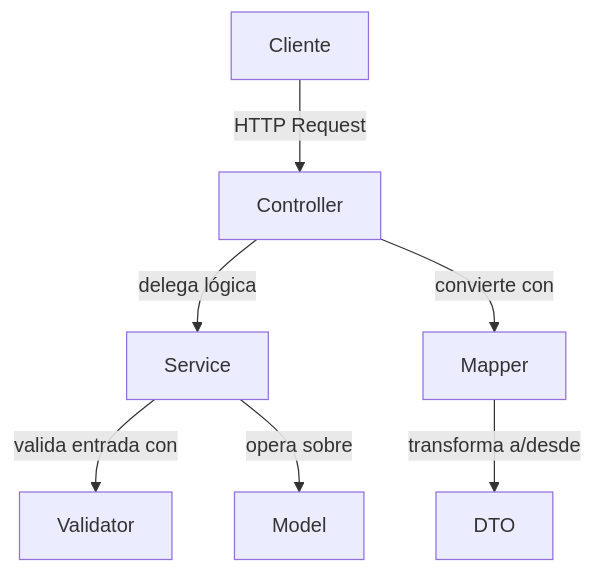
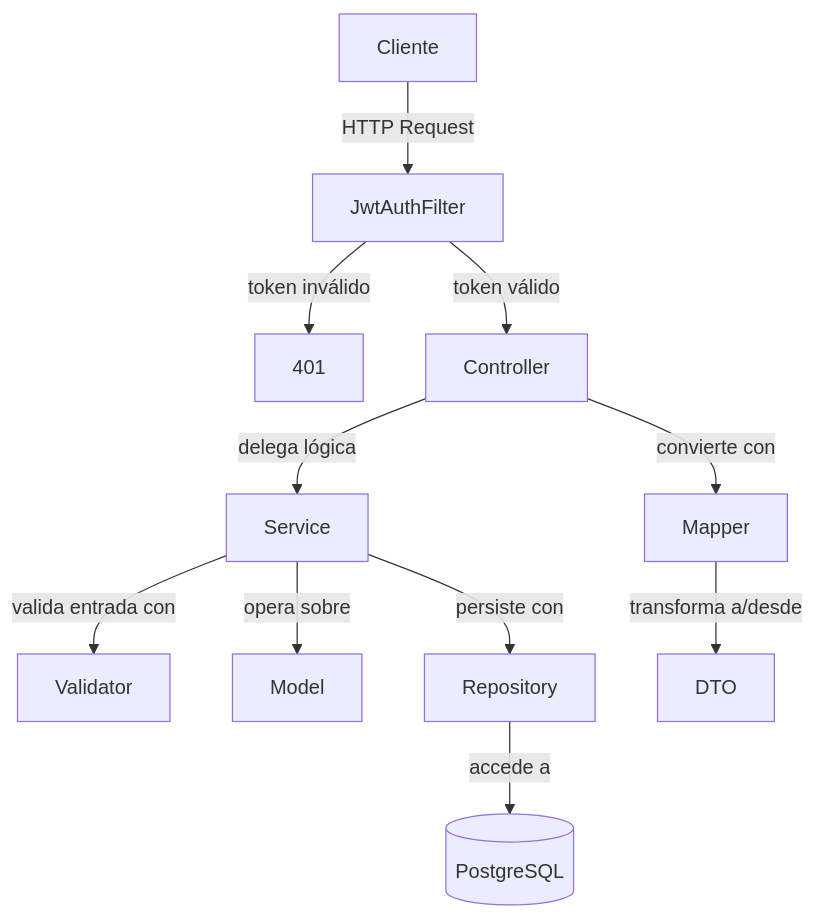
Before and after one commit to nicoparrado123/-DOSW-Library: the first of 5 diagrams in README.md, drawn with Mermaid. The commit also changed other lines of this file, not shown here.

Commit message:
docs: actualizar diagrama entidad-relacion en README

````diff
--- a/README.md
+++ b/README.md
@@ -11,9 +11,13 @@
 ```mermaid
 graph TD
-    Cliente -->|HTTP Request| Controller
+    Cliente -->|HTTP Request| JwtAuthFilter
+    JwtAuthFilter -->|token válido| Controller
+    JwtAuthFilter -->|token inválido| 401
     Controller -->|delega lógica| Service
     Service -->|valida entrada con| Validator
     Service -->|opera sobre| Model
+    Service -->|persiste con| Repository
+    Repository -->|accede a| Database[(PostgreSQL)]
     Controller -->|convierte con| Mapper
     Mapper -->|transforma a/desde| DTO
 ```
````
